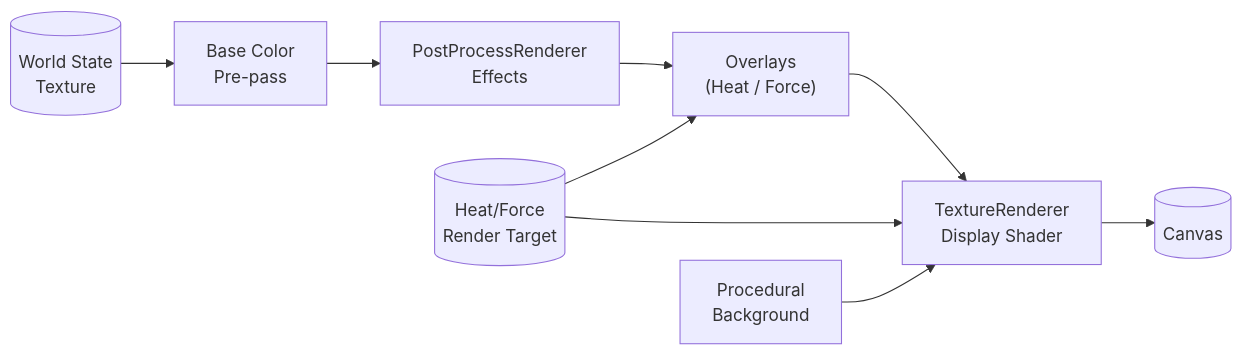
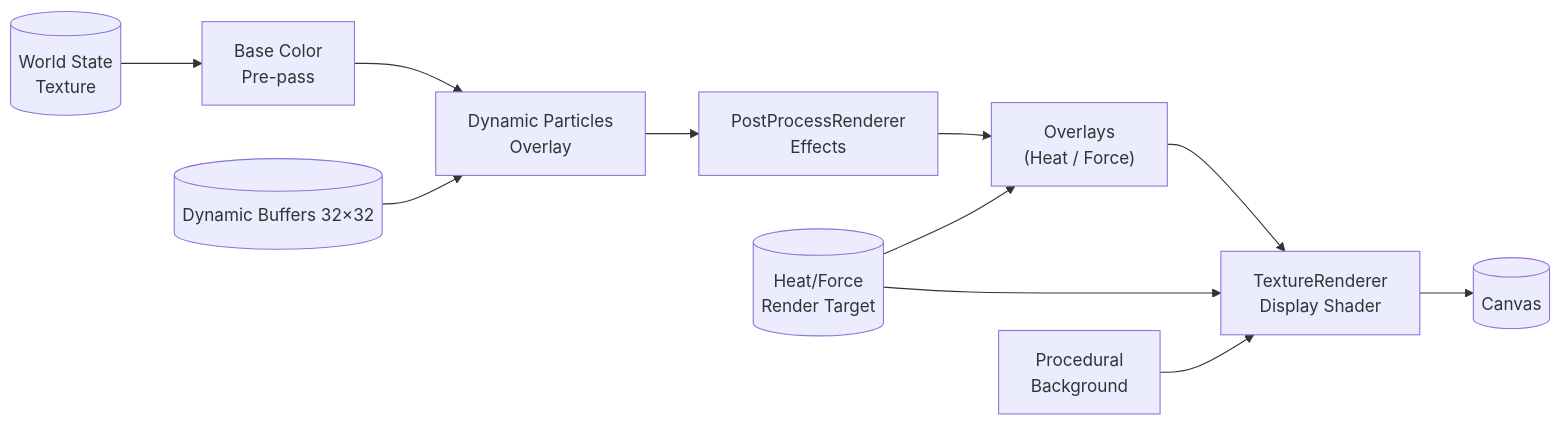
Before and after one commit to gurbano/sandymarton: the diagram in docs/rendering.md, drawn with Mermaid. The commit also changed other lines of this file and 5 other files, not shown here.

````diff
--- a/docs/rendering.md
+++ b/docs/rendering.md
@@ -7,11 +7,13 @@
 ```mermaid
 flowchart LR
-    State[(World State<br/>Texture)] --> BaseColor["Base Color<br/>Pre-pass"]
-    BaseColor --> PostFX["PostProcessRenderer<br/>Effects"]
-    PostFX --> Overlays["Overlays<br/>(Heat / Force)"]
-    Overlays --> FinalQuad["TextureRenderer<br/>Display Shader"]
-    FinalQuad --> Canvas[(Canvas)]
-    Heat[(Heat/Force<br/>Render Target)] --> Overlays
-    Heat --> FinalQuad
-    Background["Procedural<br/>Background"] --> FinalQuad
+  State[(World State<br/>Texture)] --> BaseColor["Base Color<br/>Pre-pass"]
+  BaseColor --> DynOverlay["Dynamic Particles<br/>Overlay"]
+  DynOverlay --> PostFX["PostProcessRenderer<br/>Effects"]
+  PostFX --> Overlays["Overlays<br/>(Heat / Force)"]
+  Overlays --> FinalQuad["TextureRenderer<br/>Display Shader"]
+  FinalQuad --> Canvas[(Canvas)]
+  Heat[(Heat/Force<br/>Render Target)] --> Overlays
+  Heat --> FinalQuad
+  Background["Procedural<br/>Background"] --> FinalQuad
+  DynBuffers[(Dynamic Buffers 32×32)] --> DynOverlay
 ```
````
